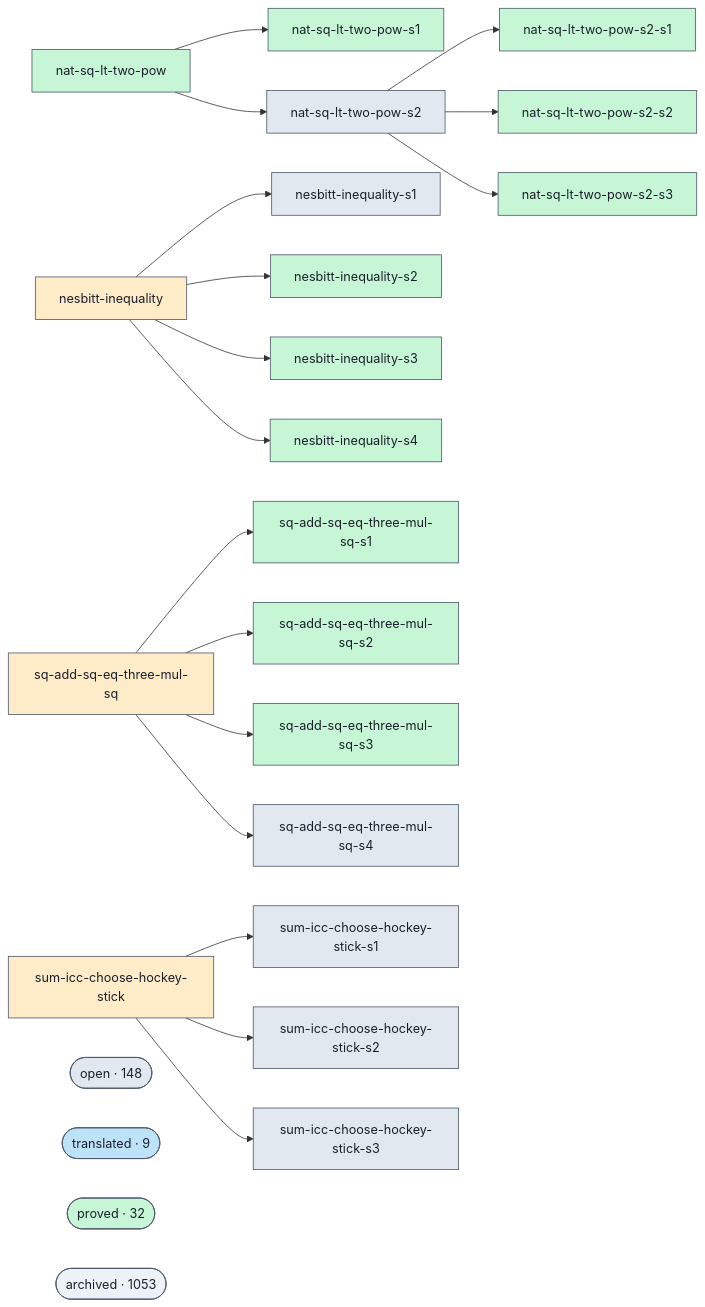
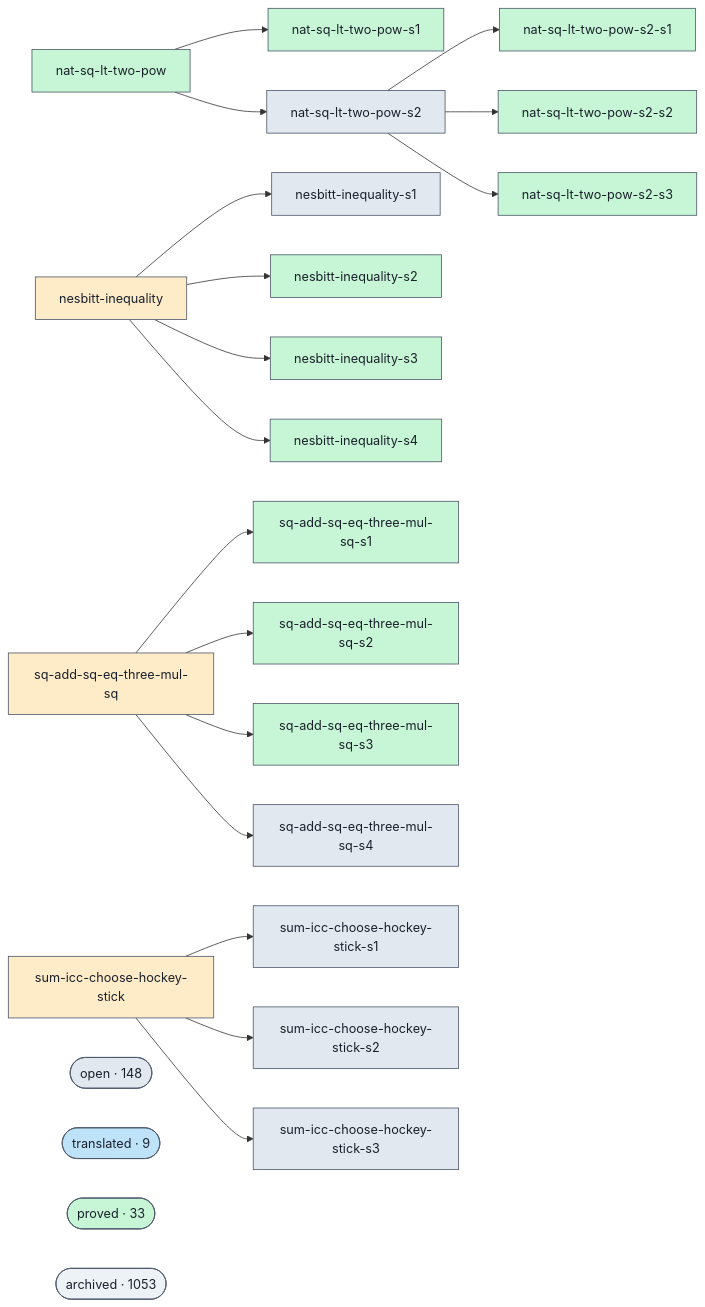
The diagram in docs/proofs-contributors-visualisation.md (ohdearquant/unsorry), drawn with Mermaid before and after one commit. The commit also changed other lines of this file and 2 other files, not shown here.

```diff
--- a/docs/proofs-contributors-visualisation.md
+++ b/docs/proofs-contributors-visualisation.md
@@ -102,7 +102,7 @@
   class cluster_open open;
   cluster_translated(["translated · 9"])
   class cluster_translated translated;
-  cluster_proved(["proved · 32"])
+  cluster_proved(["proved · 33"])
   class cluster_proved proved;
   cluster_archived(["archived · 1053"])
   class cluster_archived unknown;
```
